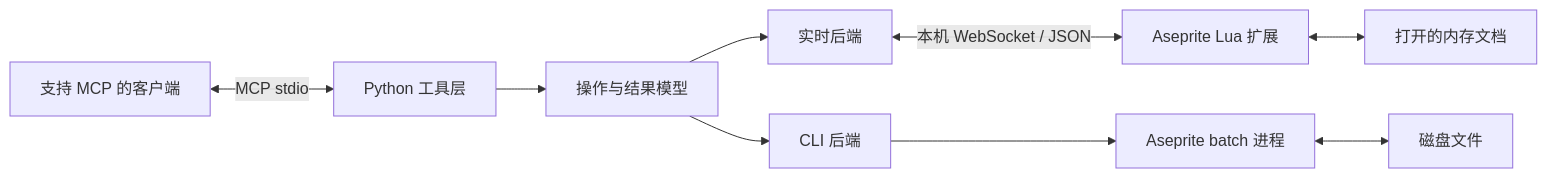
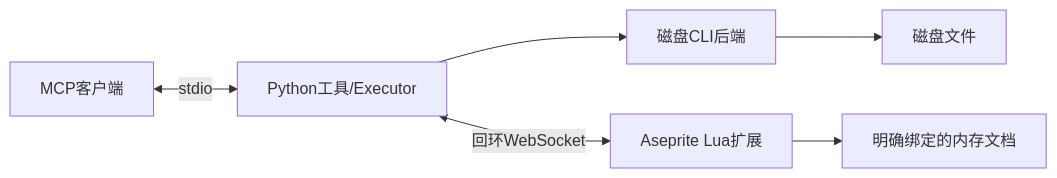
One commit to greenlogs/aseprite-mcp-live changed the diagram in docs/development/ARCHITECTURE.md. Above: the diagram before and after it, drawn with Mermaid. The commit also changed other lines of this file and 34 other files, not shown here.

````diff
--- a/docs/development/ARCHITECTURE.md
+++ b/docs/development/ARCHITECTURE.md
@@ -7,11 +7,8 @@
 ```mermaid
 flowchart LR
-    A[支持 MCP 的客户端] <-->|MCP stdio| B[Python 工具层]
-    B --> C[操作与结果模型]
-    C --> D[实时后端]
-    C --> E[CLI 后端]
-    D <-->|本机 WebSocket / JSON| F[Aseprite Lua 扩展]
-    F <--> G[打开的内存文档]
-    E --> H[Aseprite batch 进程]
-    H <--> I[磁盘文件]
+    A[MCP客户端] <-->|stdio| B[Python工具/Executor]
+    B --> C[磁盘CLI后端]
+    B <-->|回环WebSocket| D[Aseprite Lua扩展]
+    C --> E[磁盘文件]
+    D --> F[明确绑定的内存文档]
 ```
````
